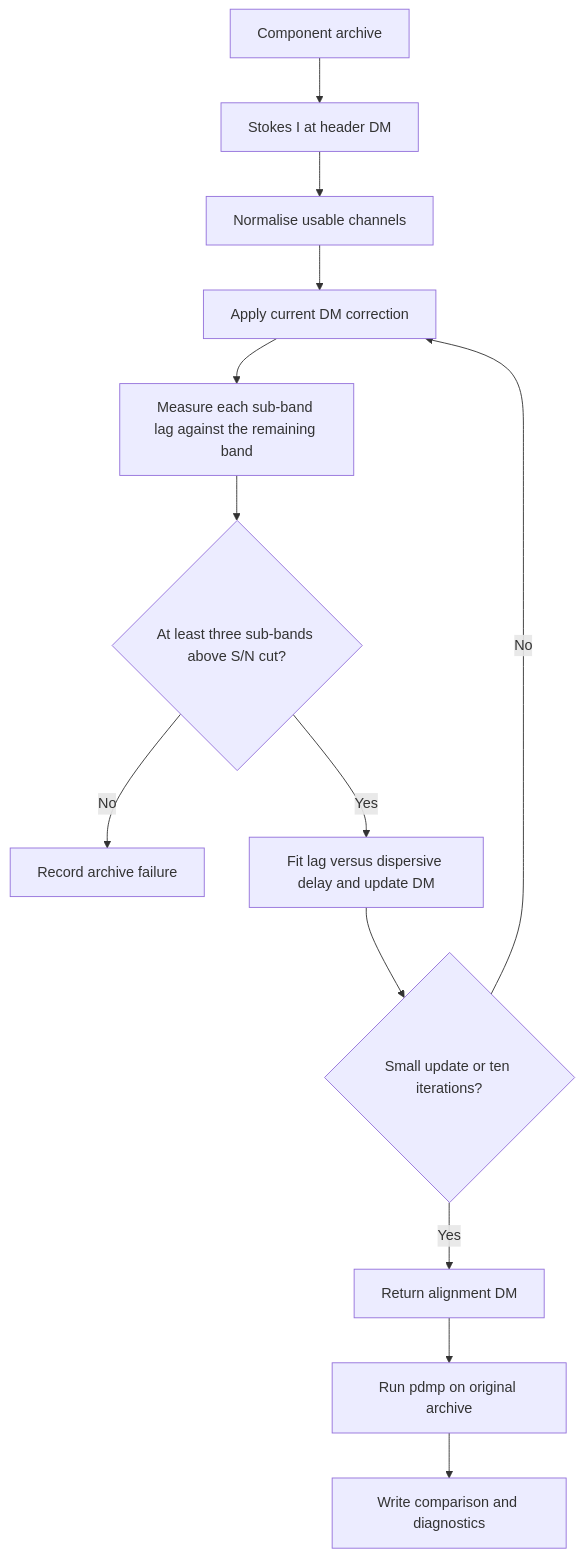
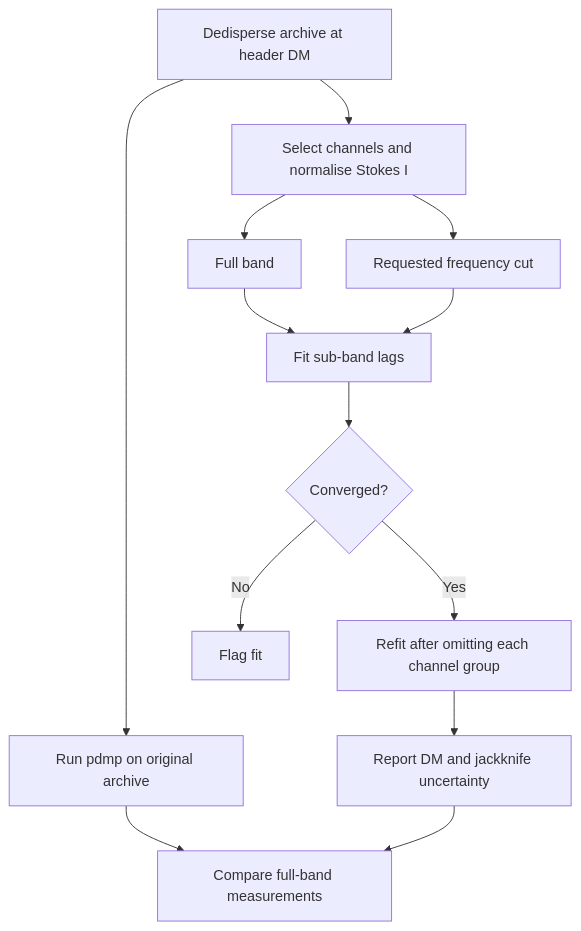
One commit to Kavya-7217/OzSTAR-runbooks changed the diagram in b1259-dm-alignment/README.md. Above: the diagram before and after it, drawn with Mermaid. The commit also changed other lines of this file, not shown here.

Commit message:
Document reproducible DM runs and band-dependent systematics

````diff
--- a/b1259-dm-alignment/README.md
+++ b/b1259-dm-alignment/README.md
@@ -34,15 +27,15 @@
 ```mermaid
 flowchart TD
-    A["Component archive"] --> B["Stokes I at header DM"]
-    B --> C["Normalise usable channels"]
-    C --> D["Apply current DM correction"]
-    D --> E["Measure each sub-band lag against the remaining band"]
-    E --> F{"At least three sub-bands above S/N cut?"}
-    F -->|No| G["Record archive failure"]
-    F -->|Yes| H["Fit lag versus dispersive delay and update DM"]
-    H --> I{"Small update or ten iterations?"}
-    I -->|No| D
-    I -->|Yes| J["Return alignment DM"]
-    J --> K["Run pdmp on original archive"]
-    K --> L["Write comparison and diagnostics"]
+    A["Dedisperse archive at header DM"] --> B["Select channels and normalise Stokes I"]
+    B --> C["Full band"]
+    B --> D["Requested frequency cut"]
+    C --> E["Fit sub-band lags"]
+    D --> E
+    E --> F{"Converged?"}
+    F -->|Yes| G["Refit after omitting each channel group"]
+    F -->|No| H["Flag fit"]
+    G --> I["Report DM and jackknife uncertainty"]
+    A --> J["Run pdmp on original archive"]
+    J --> K["Compare full-band measurements"]
+    I --> K
 ```
````
